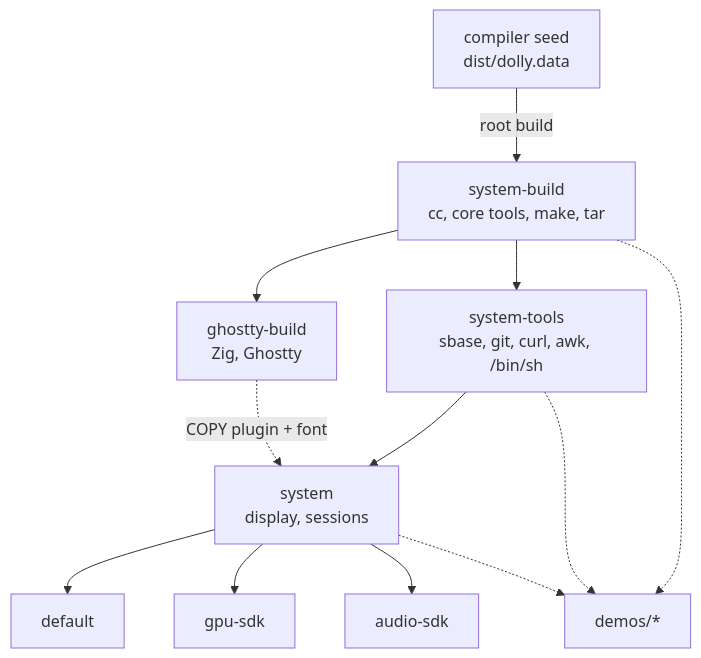
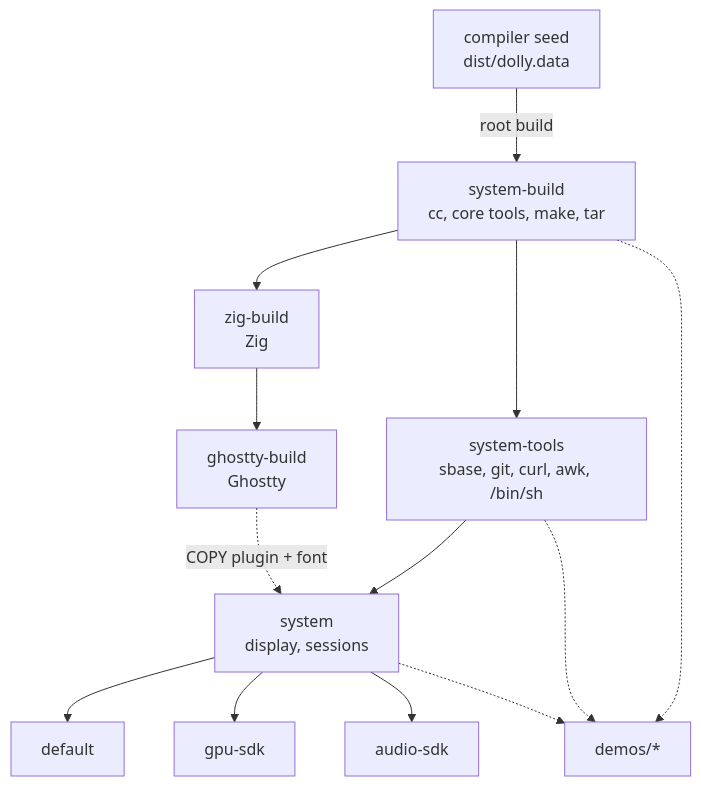
Before and after one commit to daugasauron/dolly: the third of 3 diagrams in docs/architecture.md, drawn with Mermaid. The commit also changed other lines of this file and 28 other files, not shown here.

First line of the commit message:
Build Zig inside Dolly and drop the host-built zig.wasm

````diff
--- a/docs/architecture.md
+++ b/docs/architecture.md
@@ -92,15 +92,16 @@
 ```mermaid
 flowchart TD
   seed["compiler seed<br/>dist/dolly.data"] -- "root build" --> sb["system-build<br/>cc, core tools, make, tar"]
   sb --> st["system-tools<br/>sbase, git, curl, awk, /bin/sh"]
-  sb --> gb["ghostty-build<br/>Zig, Ghostty"]
+  sb --> zb["zig-build<br/>Zig"]
+  zb --> gb["ghostty-build<br/>Ghostty"]
   st --> sys["system<br/>display, sessions"]
   gb -. "COPY plugin + font" .-> sys
   sys --> def["default"]
   sys --> gpu["gpu-sdk"]
   sys --> audio["audio-sdk"]
   demos["demos/*"]
   sb -.-> demos
   st -.-> demos
   sys -.-> demos
 ```
````
